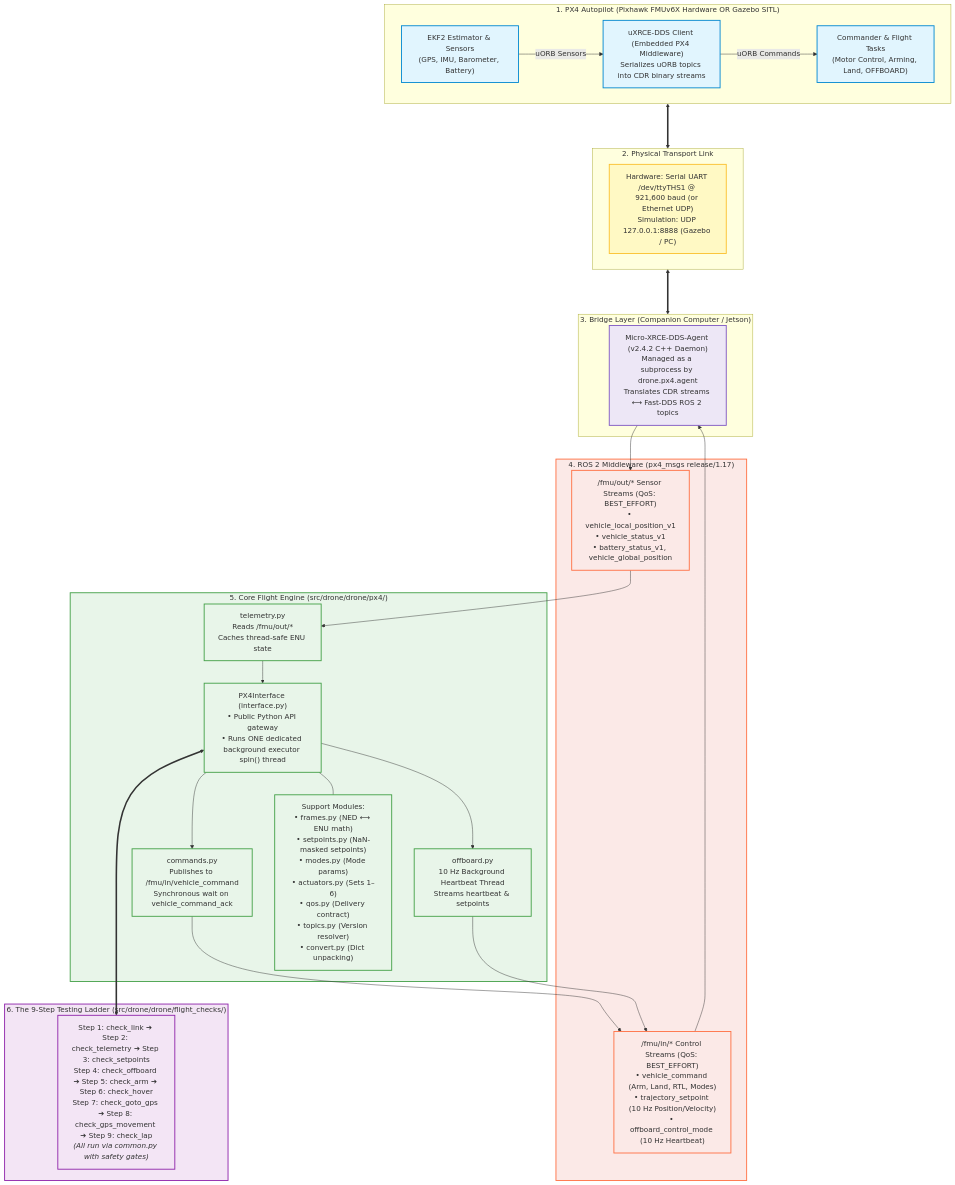
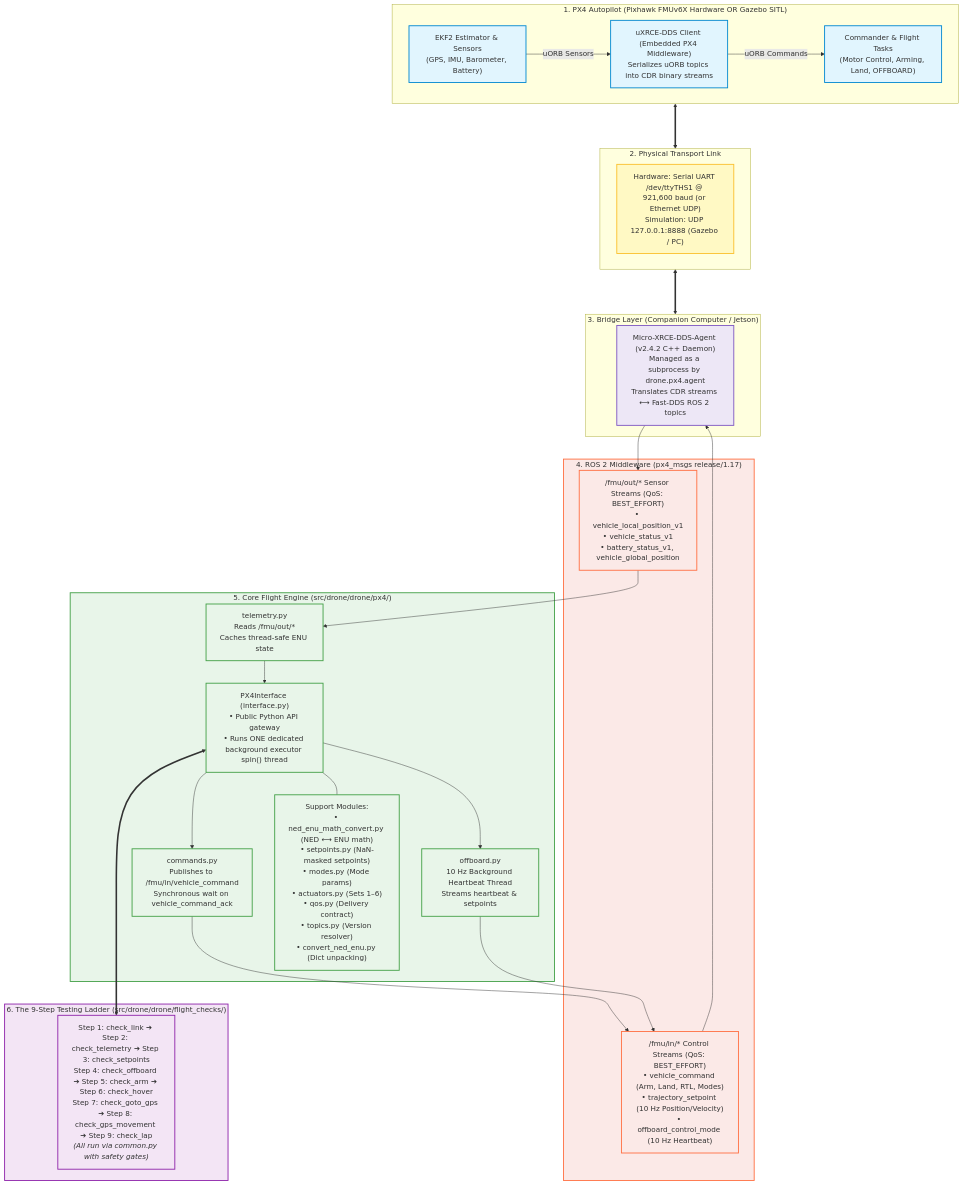
Before and after one commit to mcgill-robotics/drone-2027: the diagram in docs/architecture.md, drawn with Mermaid. The commit also changed other lines of this file and 9 other files, not shown here.

First line of the commit message:
refactor(px4): rename frames and convert modules

````diff
--- a/docs/architecture.md
+++ b/docs/architecture.md
@@ -11,61 +11,61 @@
 ```mermaid
 flowchart TD
     classDef autopilot fill:#e1f5fe,stroke:#0288d1,stroke-width:2px;
     classDef link fill:#fff9c4,stroke:#fbc02d,stroke-width:2px;
     classDef bridge fill:#ede7f6,stroke:#7e57c2,stroke-width:2px;
     classDef ros fill:#fbe9e7,stroke:#ff7043,stroke-width:2px;
     classDef engine fill:#e8f5e9,stroke:#43a047,stroke-width:2px;
     classDef ladder fill:#f3e5f5,stroke:#8e24aa,stroke-width:2px;
 
     subgraph STAGE1["1. PX4 Autopilot (Pixhawk FMUv6X Hardware OR Gazebo SITL)"]
         PX4_SENSORS["EKF2 Estimator & Sensors<br/>(GPS, IMU, Barometer, Battery)"]
         PX4_CLIENT["uXRCE-DDS Client (Embedded PX4 Middleware)<br/>Serializes uORB topics into CDR binary streams"]
         PX4_CTRL["Commander & Flight Tasks<br/>(Motor Control, Arming, Land, OFFBOARD)"]
         PX4_SENSORS -->|uORB Sensors| PX4_CLIENT
         PX4_CLIENT -->|uORB Commands| PX4_CTRL
     end
     class STAGE1,PX4_SENSORS,PX4_CLIENT,PX4_CTRL autopilot;
 
     subgraph STAGE2["2. Physical Transport Link"]
         PHYS_LINK["Hardware: Serial UART /dev/ttyTHS1 @ 921,600 baud (or Ethernet UDP)<br/>Simulation: UDP 127.0.0.1:8888 (Gazebo / PC)"]
     end
     class STAGE2,PHYS_LINK link;
 
     subgraph STAGE3["3. Bridge Layer (Companion Computer / Jetson)"]
         DDS_AGENT["Micro-XRCE-DDS-Agent (v2.4.2 C++ Daemon)<br/>Managed as a subprocess by drone.px4.agent<br/>Translates CDR streams ⟷ Fast-DDS ROS 2 topics"]
     end
     class STAGE3,DDS_AGENT bridge;
 
     subgraph STAGE4["4. ROS 2 Middleware (px4_msgs release/1.17)"]
         FMU_OUT["/fmu/out/* Sensor Streams (QoS: BEST_EFFORT)<br/>• vehicle_local_position_v1<br/>• vehicle_status_v1<br/>• battery_status_v1, vehicle_global_position"]
         FMU_IN["/fmu/in/* Control Streams (QoS: BEST_EFFORT)<br/>• vehicle_command (Arm, Land, RTL, Modes)<br/>• trajectory_setpoint (10 Hz Position/Velocity)<br/>• offboard_control_mode (10 Hz Heartbeat)"]
     end
     class STAGE4,FMU_OUT,FMU_IN ros;
 
     subgraph STAGE5["5. Core Flight Engine (src/drone/drone/px4/)"]
         PX4_IFACE["PX4Interface (interface.py)<br/>• Public Python API gateway<br/>• Runs ONE dedicated background executor spin() thread"]
         
         TEL["telemetry.py<br/>Reads /fmu/out/*<br/>Caches thread-safe ENU state"]
         CMD["commands.py<br/>Publishes to /fmu/in/vehicle_command<br/>Synchronous wait on vehicle_command_ack"]
         OFF["offboard.py<br/>10 Hz Background Heartbeat Thread<br/>Streams heartbeat & setpoints"]
         
-        HELPERS["Support Modules:<br/>• frames.py (NED ⟷ ENU math)<br/>• setpoints.py (NaN-masked setpoints)<br/>• modes.py (Mode params)<br/>• actuators.py (Sets 1–6)<br/>• qos.py (Delivery contract)<br/>• topics.py (Version resolver)<br/>• convert.py (Dict unpacking)"]
+        HELPERS["Support Modules:<br/>• ned_enu_math_convert.py (NED ⟷ ENU math)<br/>• setpoints.py (NaN-masked setpoints)<br/>• modes.py (Mode params)<br/>• actuators.py (Sets 1–6)<br/>• qos.py (Delivery contract)<br/>• topics.py (Version resolver)<br/>• convert_ned_enu.py (Dict unpacking)"]
         
         FMU_OUT --> TEL
         TEL --> PX4_IFACE
         PX4_IFACE --> CMD --> FMU_IN
         PX4_IFACE --> OFF --> FMU_IN
         PX4_IFACE --- HELPERS
     end
     class STAGE5,PX4_IFACE,TEL,CMD,OFF,HELPERS engine;
 
     subgraph STAGE6["6. The 9-Step Testing Ladder (src/drone/drone/flight_checks/)"]
         LADDER["Step 1: check_link ➔ Step 2: check_telemetry ➔ Step 3: check_setpoints<br/>Step 4: check_offboard ➔ Step 5: check_arm ➔ Step 6: check_hover<br/>Step 7: check_goto_gps ➔ Step 8: check_gps_movement ➔ Step 9: check_lap<br/><i>(All run via common.py with safety gates)</i>"]
     end
     class STAGE6,LADDER ladder;
 
     STAGE1 <===> STAGE2 <===> STAGE3
     DDS_AGENT --> FMU_OUT
     FMU_IN --> DDS_AGENT
     PX4_IFACE <===> LADDER
 ```
````
